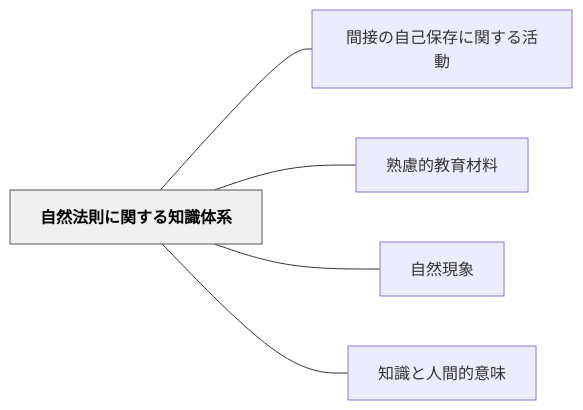
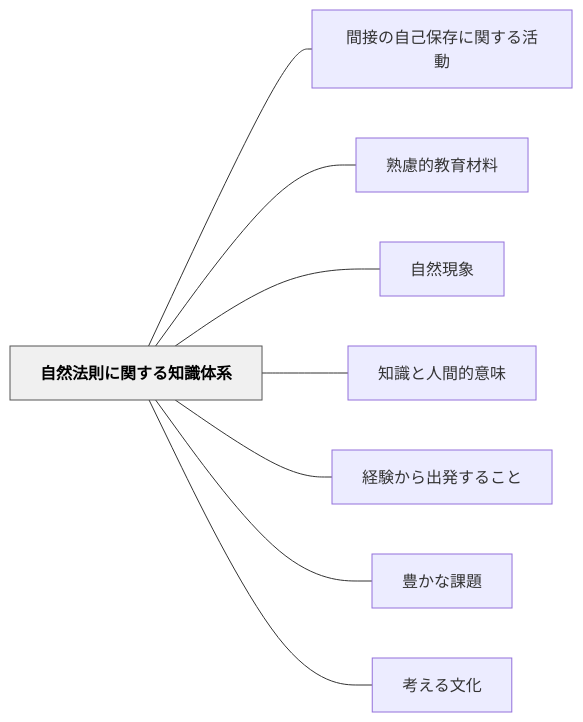
One commit to unknownthings-ed-patterns/unknownthings-ed-patterns changed the diagram in content/パタン/自然法則に関する知識体系.md. Above: the diagram before and after it, drawn with Mermaid. The commit also changed other lines of this file and 71 other files, not shown here.

````diff
--- a/content/パタン/自然法則に関する知識体系.md
+++ b/content/パタン/自然法則に関する知識体系.md
@@ -45,16 +48,22 @@
 ```mermaid
 flowchart LR
     ne887aae784b6e6b395e58987e381abe996a2e38199e3828be79fa5e8ad98e4bd93e7b3bb["自然法則に関する知識体系"]
     ne99693e68ea5e381aee887aae5b7b1e4bf9de5ad98e381abe996a2e38199e3828be6b4bbe58b95["間接の自己保存に関する活動"]
     ne7869fe685aee79a84e69599e882b2e69d90e69699["熟慮的教育材料"]
     ne887aae784b6e78fbee8b1a1["自然現象"]
     ne79fa5e8ad98e381a8e4babae99693e79a84e6848fe591b3["知識と人間的意味"]
+    ne7b58ce9a893e3818be38289e587bae799bae38199e3828be38193e381a8["経験から出発すること"]
+    ne8b18ae3818be381aae8aab2e9a18c["豊かな課題"]
+    ne88083e38188e3828be69687e58c96["考える文化"]
 
     ne887aae784b6e6b395e58987e381abe996a2e38199e3828be79fa5e8ad98e4bd93e7b3bb --- ne99693e68ea5e381aee887aae5b7b1e4bf9de5ad98e381abe996a2e38199e3828be6b4bbe58b95
     ne887aae784b6e6b395e58987e381abe996a2e38199e3828be79fa5e8ad98e4bd93e7b3bb --- ne7869fe685aee79a84e69599e882b2e69d90e69699
     ne887aae784b6e6b395e58987e381abe996a2e38199e3828be79fa5e8ad98e4bd93e7b3bb --- ne887aae784b6e78fbee8b1a1
     ne887aae784b6e6b395e58987e381abe996a2e38199e3828be79fa5e8ad98e4bd93e7b3bb --- ne79fa5e8ad98e381a8e4babae99693e79a84e6848fe591b3
+    ne887aae784b6e6b395e58987e381abe996a2e38199e3828be79fa5e8ad98e4bd93e7b3bb --- ne7b58ce9a893e3818be38289e587bae799bae38199e3828be38193e381a8
+    ne887aae784b6e6b395e58987e381abe996a2e38199e3828be79fa5e8ad98e4bd93e7b3bb --- ne8b18ae3818be381aae8aab2e9a18c
+    ne887aae784b6e6b395e58987e381abe996a2e38199e3828be79fa5e8ad98e4bd93e7b3bb --- ne88083e38188e3828be69687e58c96
 
     classDef hub fill:#f0f0f0,stroke:#555,color:#000,font-weight:bold
     class ne887aae784b6e6b395e58987e381abe996a2e38199e3828be79fa5e8ad98e4bd93e7b3bb hub
 ```
````
